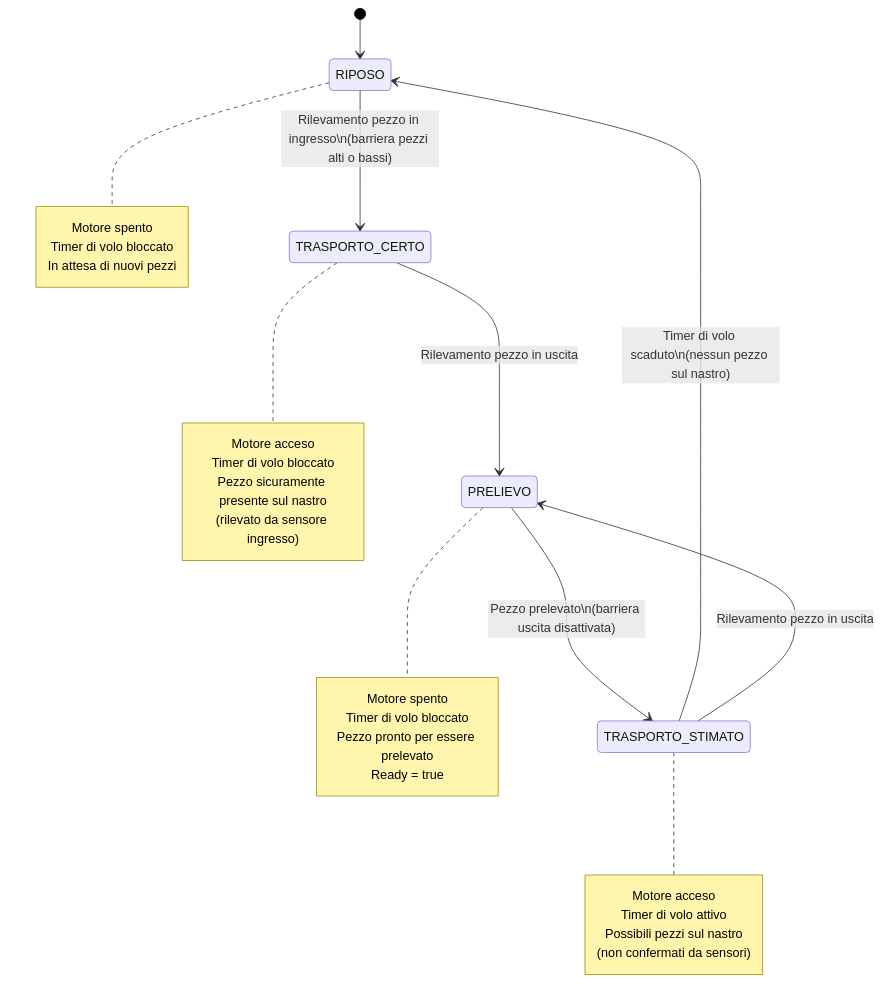
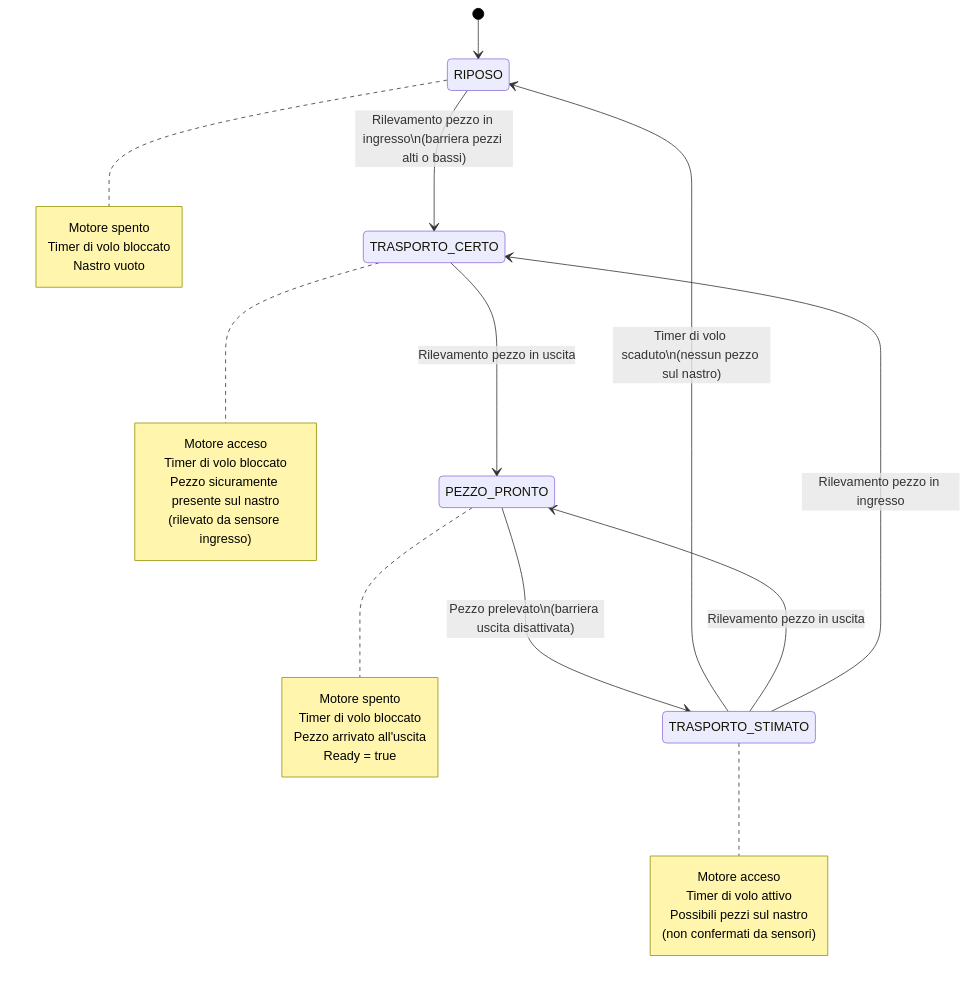
One commit to sebastianomelita/ArduinoBareMetal changed the diagram in nastro.md. Above: the diagram before and after it, drawn with Mermaid.

````diff
--- a/nastro.md
+++ b/nastro.md
@@ -705,38 +705,39 @@
 ```mermaid
 %%{init: {'theme': 'default', 'themeVariables': { 'primaryColor': '#ffffff', 'primaryTextColor': '#000000', 'primaryBorderColor': '#000000', 'lineColor': '#000000', 'secondaryColor': '#f4f4f4', 'tertiaryColor': '#ffffff' }}}%%
 stateDiagram-v2
     [*] --> RIPOSO
     
     RIPOSO --> TRASPORTO_CERTO: Rilevamento pezzo in ingresso\n(barriera pezzi alti o bassi)
-    TRASPORTO_CERTO --> PRELIEVO: Rilevamento pezzo in uscita
-    PRELIEVO --> TRASPORTO_STIMATO: Pezzo prelevato\n(barriera uscita disattivata)
+    TRASPORTO_CERTO --> PEZZO_PRONTO: Rilevamento pezzo in uscita
+    PEZZO_PRONTO --> TRASPORTO_STIMATO: Pezzo prelevato\n(barriera uscita disattivata)
     TRASPORTO_STIMATO --> RIPOSO: Timer di volo scaduto\n(nessun pezzo sul nastro)
-    TRASPORTO_STIMATO --> PRELIEVO: Rilevamento pezzo in uscita
+    TRASPORTO_STIMATO --> PEZZO_PRONTO: Rilevamento pezzo in uscita
+    TRASPORTO_STIMATO --> TRASPORTO_CERTO: Rilevamento pezzo in ingresso
     
     note right of RIPOSO
         Motore spento
         Timer di volo bloccato
-        In attesa di nuovi pezzi
+        Nastro vuoto
     end note
     
     note right of TRASPORTO_CERTO
         Motore acceso
         Timer di volo bloccato
         Pezzo sicuramente presente sul nastro
         (rilevato da sensore ingresso)
     end note
     
-    note right of PRELIEVO
+    note right of PEZZO_PRONTO
         Motore spento
         Timer di volo bloccato
-        Pezzo pronto per essere prelevato
+        Pezzo arrivato all'uscita
         Ready = true
     end note
     
     note right of TRASPORTO_STIMATO
         Motore acceso
         Timer di volo attivo
         Possibili pezzi sul nastro
         (non confermati da sensori)
     end note
 ```
````
